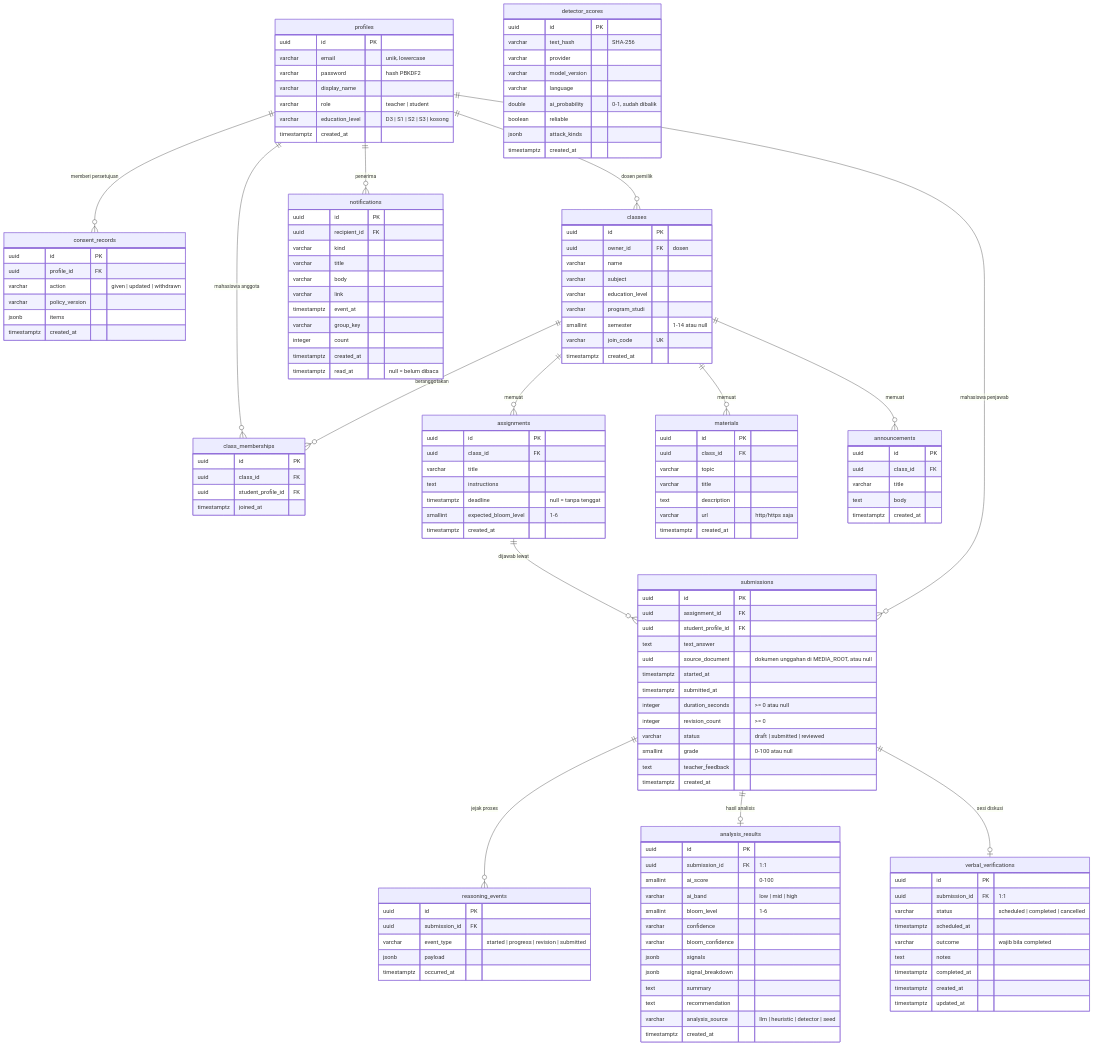
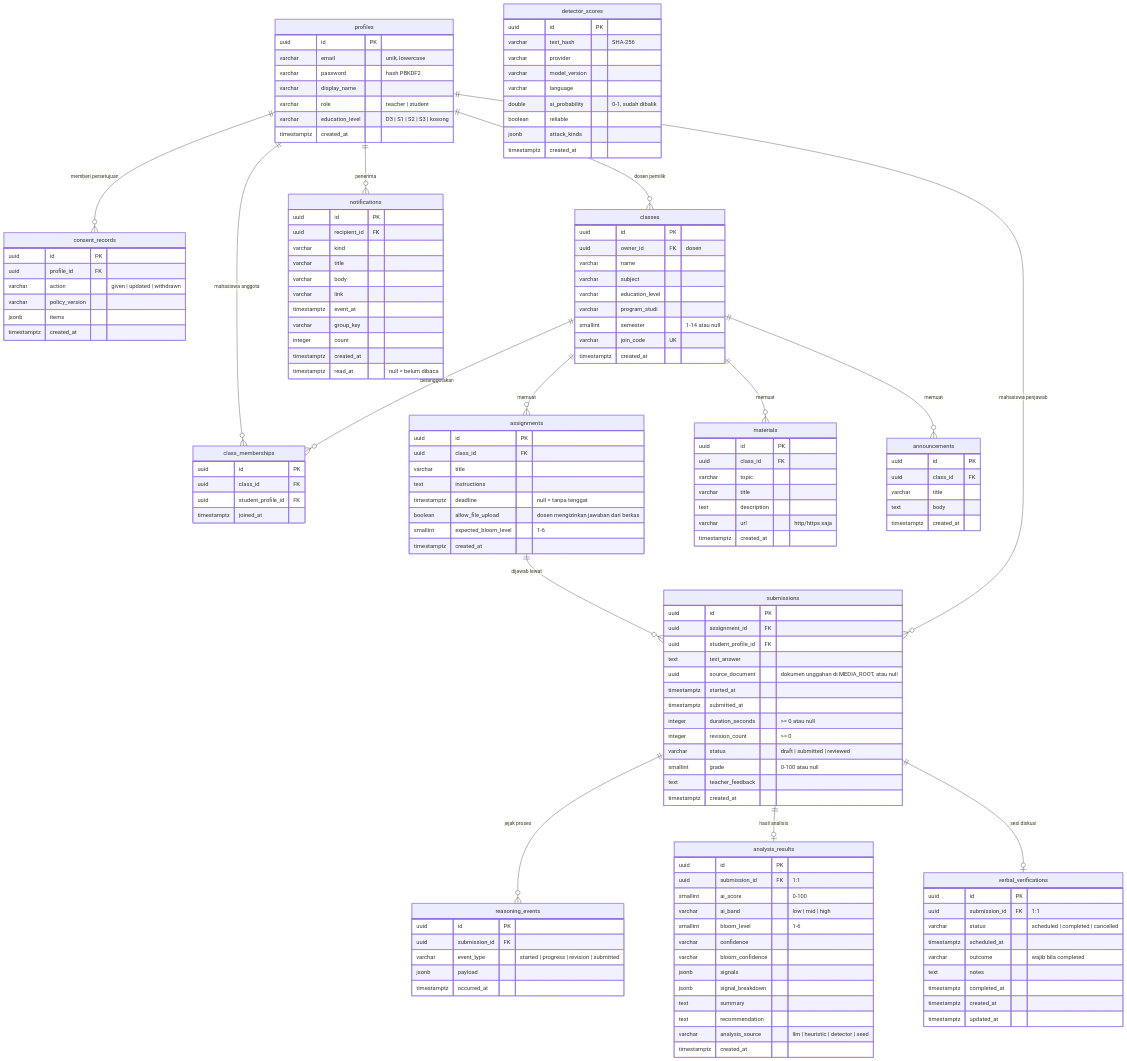
Before and after one commit to FadhRach/ThinkPath: the first of 2 diagrams in diagram/08-erd-basis-data.md, drawn with Mermaid. The commit also changed 13 other files, not shown here.

Commit message:
feat(ocr): dosen mengatur unggah berkas per tugas dan judul DOCX/PDF tidak diberi titik paksa

```diff
--- a/diagram/08-erd-basis-data.md
+++ b/diagram/08-erd-basis-data.md
@@ -80,6 +80,7 @@
         varchar title
         text instructions
         timestamptz deadline "null = tanpa tenggat"
+        boolean allow_file_upload "dosen mengizinkan jawaban dari berkas"
         smallint expected_bloom_level "1-6"
         timestamptz created_at
     }
```
